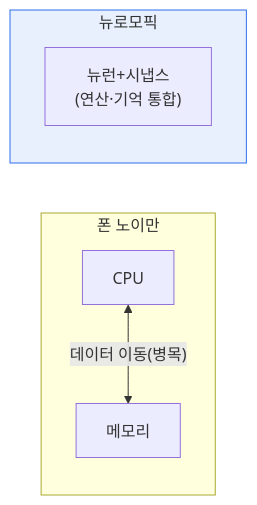
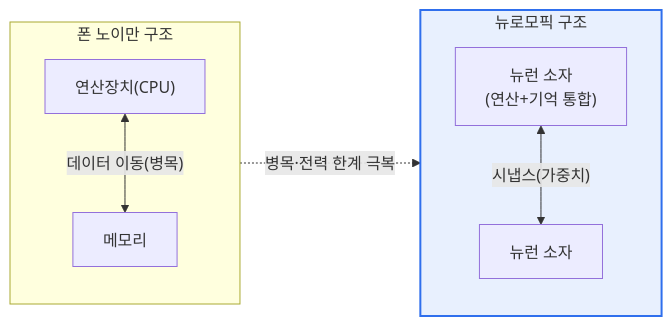
Before and after one commit to coninggu/wjdqhrhksflrltnftk: the first of 2 diagrams in content/neuromorphic.md, drawn with Mermaid. The commit also changed other lines of this file and 3 other files, not shown here.

````diff
--- a/content/neuromorphic.md
+++ b/content/neuromorphic.md
@@ -15,10 +21,11 @@
 ```mermaid
 flowchart LR
-  subgraph V["폰 노이만"]
-    C[CPU] <-->|"데이터 이동(병목)"| M[메모리]
+  subgraph V["폰 노이만 구조"]
+    C["연산장치(CPU)"] <-->|"데이터 이동(병목)"| M["메모리"]
   end
-  subgraph N["뉴로모픽"]
-    NN["뉴런+시냅스<br/>(연산·기억 통합)"]
+  subgraph N["뉴로모픽 구조"]
+    NN["뉴런 소자<br/>(연산+기억 통합)"] <-->|"시냅스(가중치)"| NN2["뉴런 소자"]
   end
-  style N fill:#e8f0fe,stroke:#2f6fed
+  V -.->|"병목·전력 한계 극복"| N
+  style N fill:#e8f0fe,stroke:#2f6fed,stroke-width:2px
 ```
````
